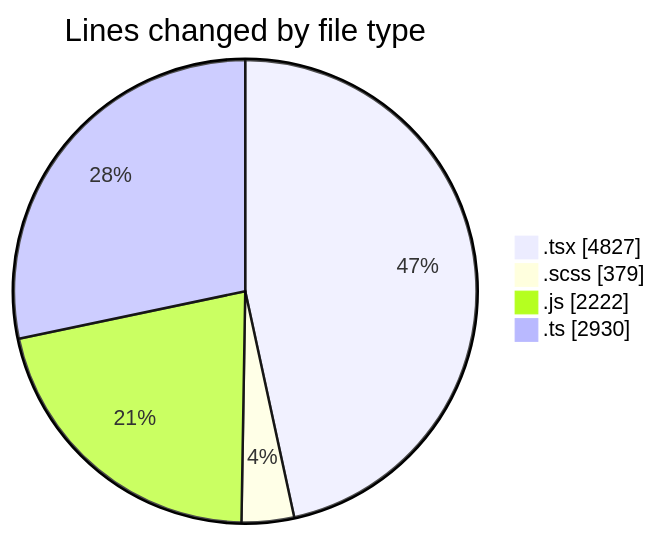
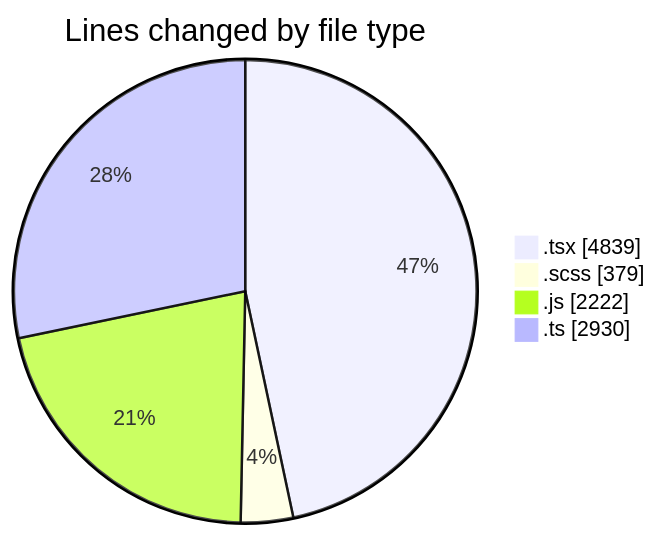
Before and after one commit to momahboobian/code-tracking: the first of 2 diagrams in 2026-06-17/cda/README.md, drawn with Mermaid. The commit also changed other lines of this file and 1 other file, not shown here.

````diff
--- a/2026-06-17/cda/README.md
+++ b/2026-06-17/cda/README.md
@@ -60,8 +60,8 @@
 ```mermaid
 pie showData
 title Lines changed by file type
-".tsx" : 4827
+".tsx" : 4839
 ".scss" : 379
 ".js" : 2222
 ".ts" : 2930
 ```
````
